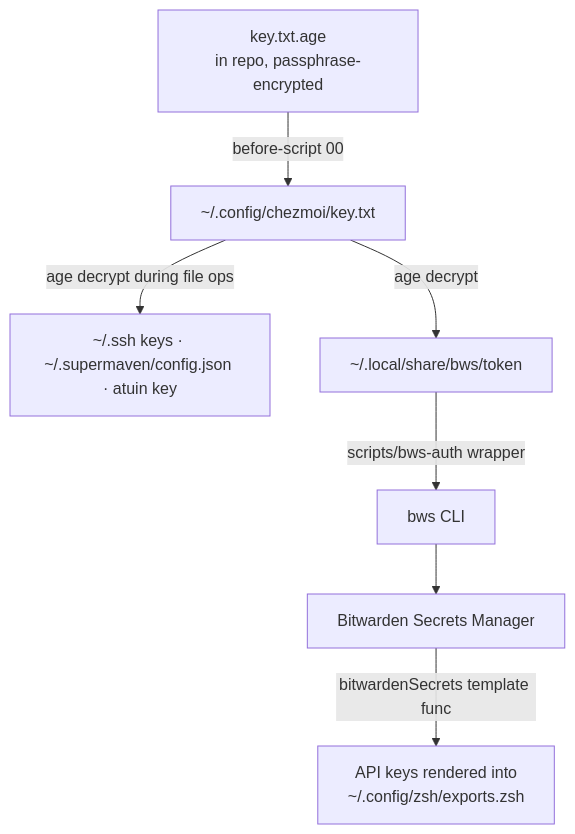
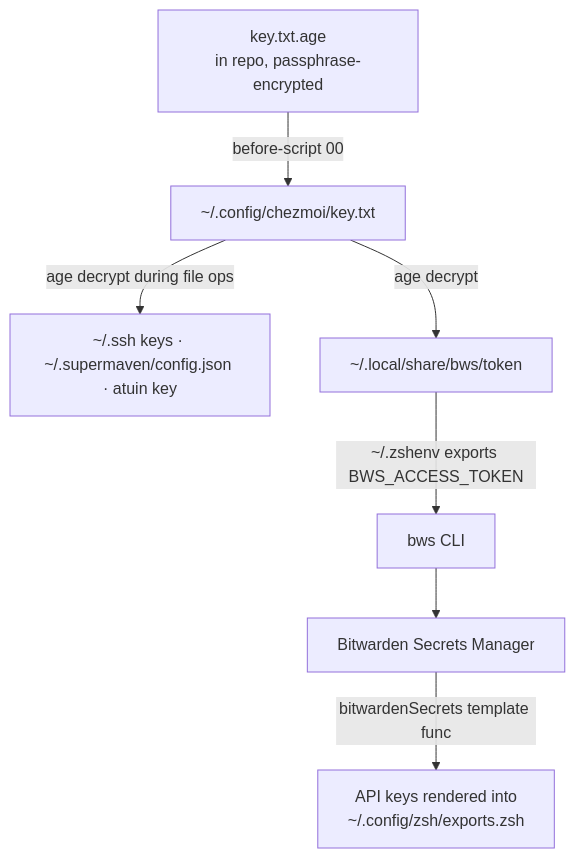
The fourth of 4 diagrams in docs/architecture.md (mbastakis/dotfiles), drawn with Mermaid before and after one commit. The commit also changed other lines of this file and 13 other files, not shown here.

````diff
--- a/docs/architecture.md
+++ b/docs/architecture.md
@@ -76,9 +77,9 @@
 ```mermaid
 flowchart TD
   A[key.txt.age<br/>in repo, passphrase-encrypted] -->|before-script 00| B[~/.config/chezmoi/key.txt]
   B -->|age decrypt during file ops| C[~/.ssh keys · ~/.supermaven/config.json · atuin key]
   B -->|age decrypt| E[~/.local/share/bws/token]
-  E -->|scripts/bws-auth wrapper| F[bws CLI]
+  E -->|~/.zshenv exports BWS_ACCESS_TOKEN| F[bws CLI]
   F --> H[Bitwarden Secrets Manager]
   H -->|bitwardenSecrets template func| G[API keys rendered into<br/>~/.config/zsh/exports.zsh]
 ```
````
